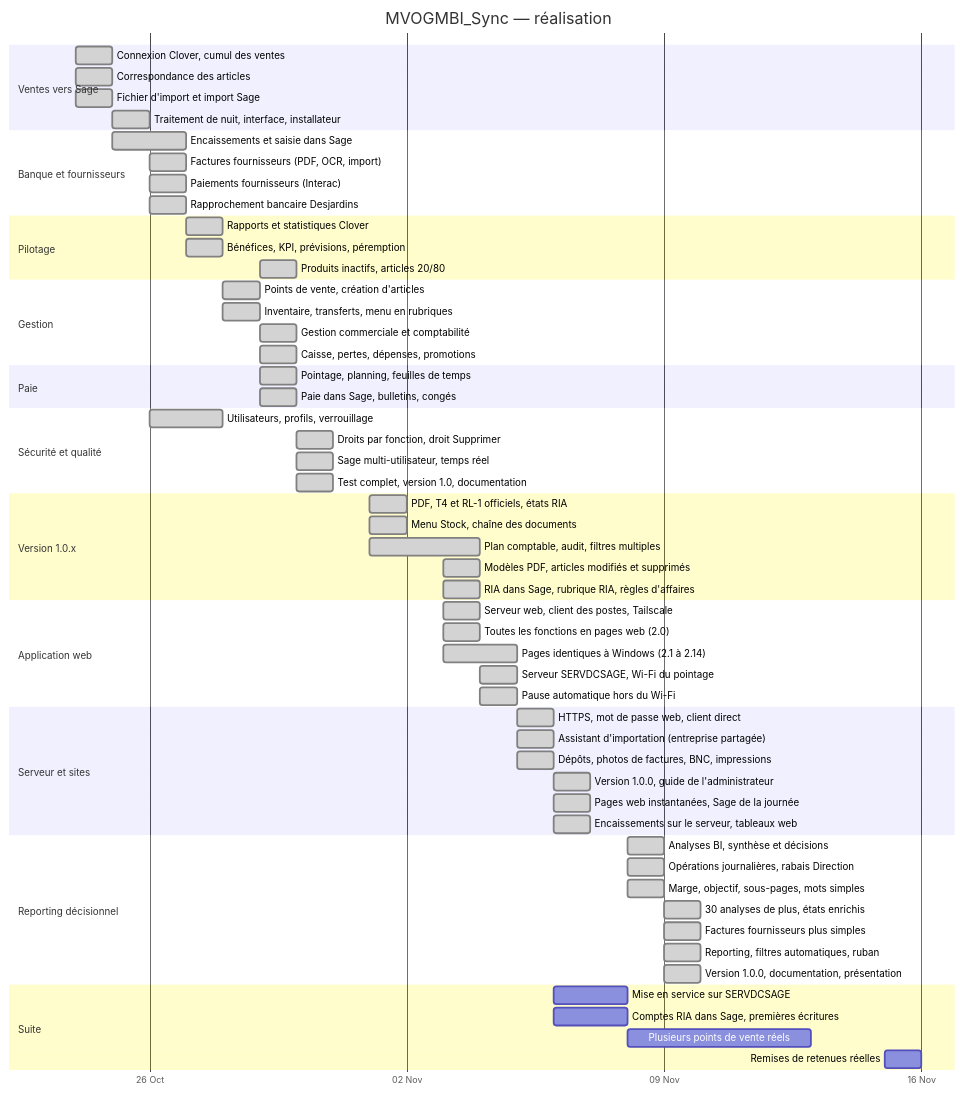
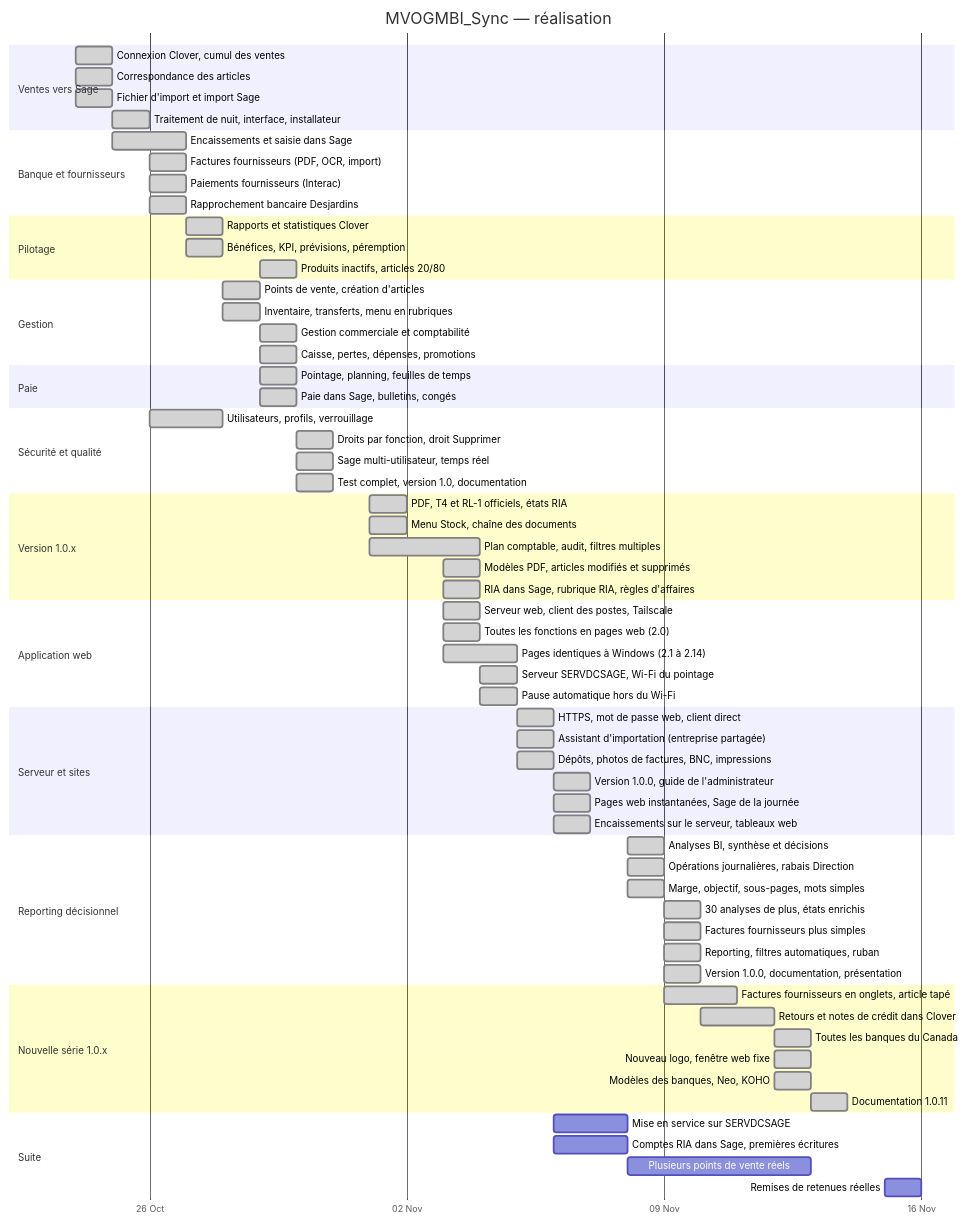
Before and after one commit to mteingueng-dot/MVOGMBI_Sync_2026.1: the first of 2 diagrams in documentation/PROJET.md, drawn with Mermaid. The commit also changed other lines of this file and 41 other files, not shown here.

Commit message:
Version 1.0.11 : documentation complète refaite (toutes les banques, notes de crédit, article tapé, logo, fenêtre web fixe)

````diff
--- a/documentation/PROJET.md
+++ b/documentation/PROJET.md
@@ -9,67 +9,74 @@
 ```mermaid
 gantt
     title MVOGMBI_Sync — réalisation
     dateFormat YYYY-MM-DD
     axisFormat %d %b
     tickInterval 1week
     weekday monday
     section Ventes vers Sage
     Connexion Clover, cumul des ventes          :done, a1, 2026-10-24, 1d
     Correspondance des articles                 :done, a2, 2026-10-24, 1d
     Fichier d'import et import Sage             :done, a3, 2026-10-24, 1d
     Traitement de nuit, interface, installateur :done, a4, 2026-10-25, 1d
     section Banque et fournisseurs
     Encaissements et saisie dans Sage           :done, b1, 2026-10-25, 2d
     Factures fournisseurs (PDF, OCR, import)    :done, b2, 2026-10-26, 1d
     Paiements fournisseurs (Interac)            :done, b3, 2026-10-26, 1d
     Rapprochement bancaire Desjardins           :done, b4, 2026-10-26, 1d
     section Pilotage
     Rapports et statistiques Clover             :done, c1, 2026-10-27, 1d
     Bénéfices, KPI, prévisions, péremption      :done, c2, 2026-10-27, 1d
     Produits inactifs, articles 20/80           :done, c3, 2026-10-29, 1d
     section Gestion
     Points de vente, création d'articles        :done, d1, 2026-10-28, 1d
     Inventaire, transferts, menu en rubriques   :done, d2, 2026-10-28, 1d
     Gestion commerciale et comptabilité         :done, d3, 2026-10-29, 1d
     Caisse, pertes, dépenses, promotions        :done, d4, 2026-10-29, 1d
     section Paie
     Pointage, planning, feuilles de temps       :done, e1, 2026-10-29, 1d
     Paie dans Sage, bulletins, congés           :done, e2, 2026-10-29, 1d
     section Sécurité et qualité
     Utilisateurs, profils, verrouillage         :done, f1, 2026-10-26, 2d
     Droits par fonction, droit Supprimer        :done, f2, 2026-10-30, 1d
     Sage multi-utilisateur, temps réel          :done, f3, 2026-10-30, 1d
     Test complet, version 1.0, documentation    :done, f4, 2026-10-30, 1d
     section Version 1.0.x
     PDF, T4 et RL-1 officiels, états RIA        :done, h1, 2026-11-01, 1d
     Menu Stock, chaîne des documents            :done, h2, 2026-11-01, 1d
     Plan comptable, audit, filtres multiples    :done, h3, 2026-11-01, 3d
     Modèles PDF, articles modifiés et supprimés :done, h4, 2026-11-03, 1d
     RIA dans Sage, rubrique RIA, règles d'affaires :done, h5, 2026-11-03, 1d
     section Application web
     Serveur web, client des postes, Tailscale   :done, w1, 2026-11-03, 1d
     Toutes les fonctions en pages web (2.0)     :done, w2, 2026-11-03, 1d
     Pages identiques à Windows (2.1 à 2.14)     :done, w3, 2026-11-03, 2d
     Serveur SERVDCSAGE, Wi-Fi du pointage       :done, w4, 2026-11-04, 1d
     Pause automatique hors du Wi-Fi             :done, w5, 2026-11-04, 1d
     section Serveur et sites
     HTTPS, mot de passe web, client direct      :done, x1, 2026-11-05, 1d
     Assistant d'importation (entreprise partagée) :done, x2, 2026-11-05, 1d
     Dépôts, photos de factures, BNC, impressions :done, x3, 2026-11-05, 1d
     Version 1.0.0, guide de l'administrateur    :done, x4, 2026-11-06, 1d
     Pages web instantanées, Sage de la journée  :done, x5, 2026-11-06, 1d
     Encaissements sur le serveur, tableaux web  :done, x6, 2026-11-06, 1d
     section Reporting décisionnel
     Analyses BI, synthèse et décisions          :done, y1, 2026-11-08, 1d
     Opérations journalières, rabais Direction   :done, y2, 2026-11-08, 1d
     Marge, objectif, sous-pages, mots simples   :done, y3, 2026-11-08, 1d
     30 analyses de plus, états enrichis         :done, y4, 2026-11-09, 1d
     Factures fournisseurs plus simples          :done, y5, 2026-11-09, 1d
     Reporting, filtres automatiques, ruban      :done, y6, 2026-11-09, 1d
     Version 1.0.0, documentation, présentation  :done, y7, 2026-11-09, 1d
+    section Nouvelle série 1.0.x
+    Factures fournisseurs en onglets, article tapé :done, z1, 2026-11-09, 2d
+    Retours et notes de crédit dans Clover      :done, z2, 2026-11-10, 2d
+    Toutes les banques du Canada                :done, z3, 2026-11-12, 1d
+    Nouveau logo, fenêtre web fixe              :done, z4, 2026-11-12, 1d
+    Modèles des banques, Neo, KOHO              :done, z5, 2026-11-12, 1d
+    Documentation 1.0.11                        :done, z6, 2026-11-13, 1d
     section Suite
     Mise en service sur SERVDCSAGE              :g4, 2026-11-06, 2d
     Comptes RIA dans Sage, premières écritures  :g0, 2026-11-06, 2d
     Plusieurs points de vente réels             :g1, 2026-11-08, 5d
     Remises de retenues réelles                 :g2, 2026-11-15, 1d
 ```
````
